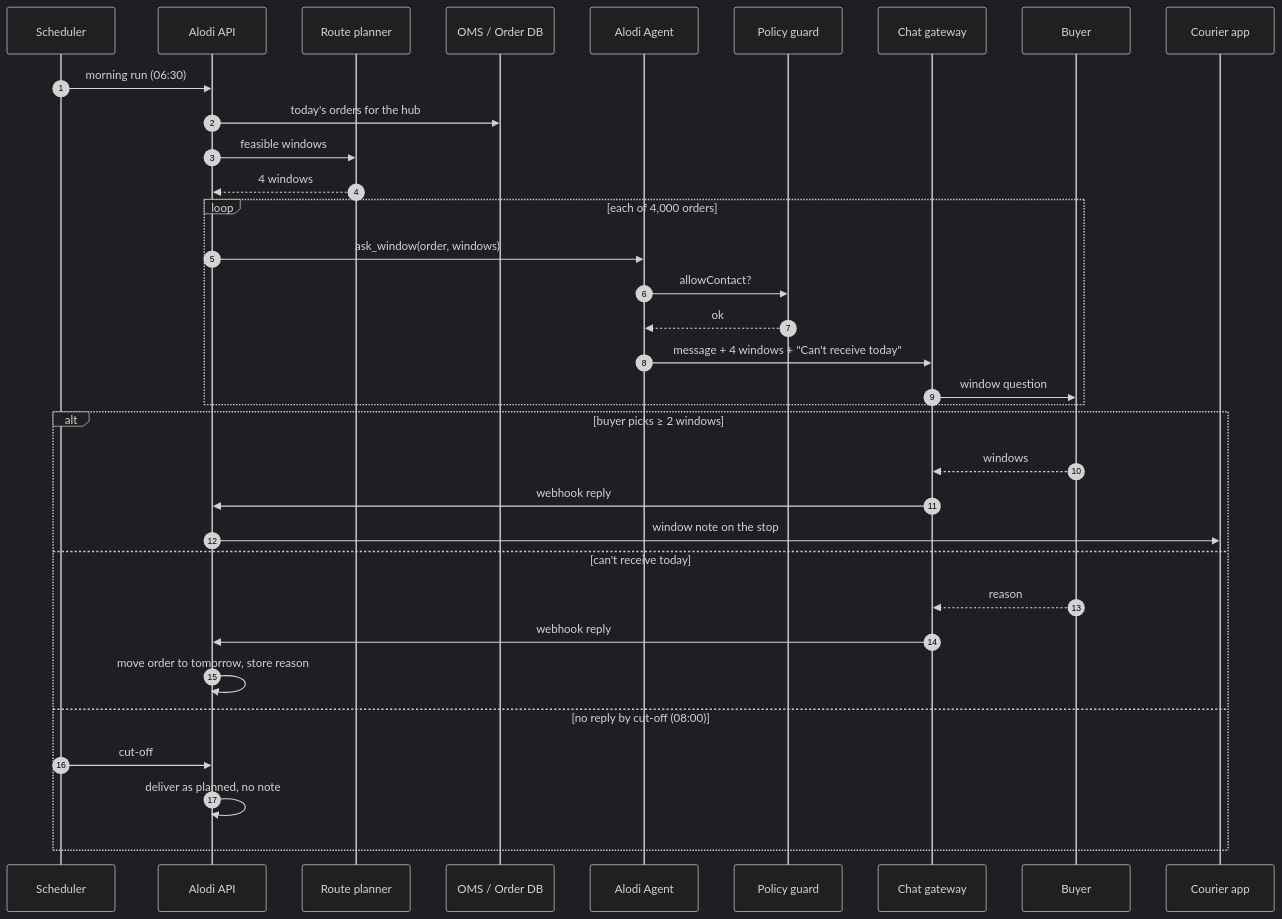
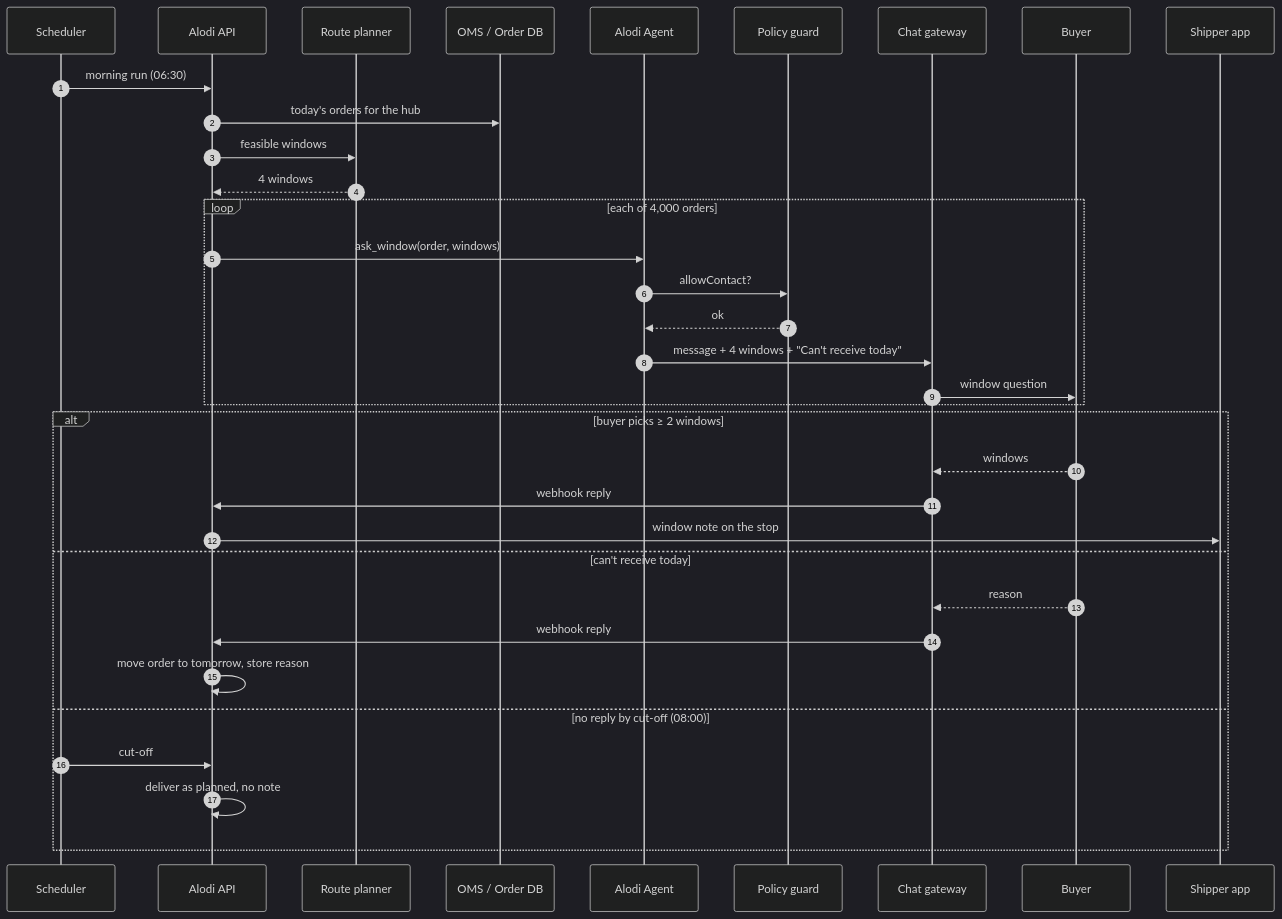
The sixth of 18 diagrams in prep/02-technical/PRD.md (BennedictQuanTon/Alodi-Regional-Codex-Hackathon-2026), drawn with Mermaid (dark theme) before and after one commit. The commit also changed other lines of this file and 84 other files, not shown here.

````diff
--- a/prep/02-technical/PRD.md
+++ b/prep/02-technical/PRD.md
@@ -1185,37 +1185,37 @@
 ```mermaid
 sequenceDiagram
   autonumber
   participant S as Scheduler
   participant API as Alodi API
   participant RP as Route planner
   participant OMS as OMS / Order DB
   participant AG as Alodi Agent
   participant PG as Policy guard
   participant CH as Chat gateway
   participant B as Buyer
-  participant C as Courier app
+  participant C as Shipper app
 
   S->>API: morning run (06:30)
   API->>OMS: today's orders for the hub
   API->>RP: feasible windows
   RP-->>API: 4 windows
   loop each of 4,000 orders
     API->>AG: ask_window(order, windows)
     AG->>PG: allowContact?
     PG-->>AG: ok
     AG->>CH: message + 4 windows + "Can't receive today"
     CH->>B: window question
   end
   alt buyer picks ≥ 2 windows
     B-->>CH: windows
     CH->>API: webhook reply
     API->>C: window note on the stop
   else can't receive today
     B-->>CH: reason
     CH->>API: webhook reply
     API->>API: move order to tomorrow, store reason
   else no reply by cut-off (08:00)
     S->>API: cut-off
     API->>API: deliver as planned, no note
   end
 ```
````
